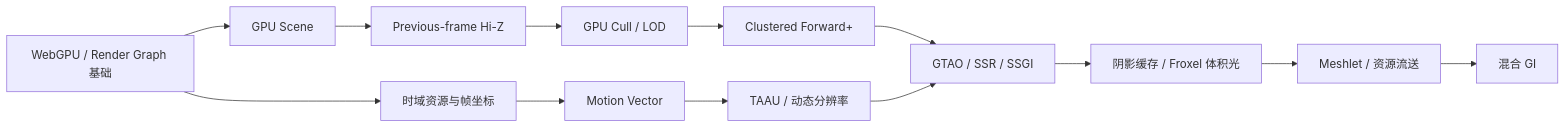
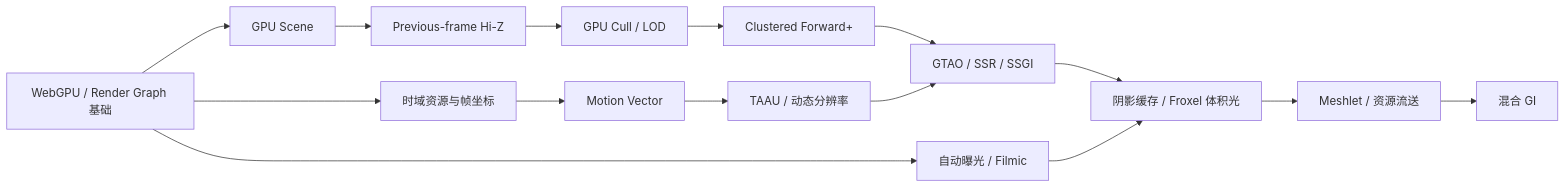
The first of 3 diagrams in documentation/MODERN_WEBGPU_RENDERING_ROADMAP.md (hiloteam/Hilo3d), drawn with Mermaid before and after one commit. The commit also changed other lines of this file and 8 other files, not shown here.

````diff
--- a/documentation/MODERN_WEBGPU_RENDERING_ROADMAP.md
+++ b/documentation/MODERN_WEBGPU_RENDERING_ROADMAP.md
@@ -23,15 +25,17 @@
 ```mermaid
 flowchart LR
   F["WebGPU / Render Graph 基础"] --> G["GPU Scene"]
   F --> T["时域资源与帧坐标"]
+  F --> E["自动曝光 / Filmic"]
   G --> H["Previous-frame Hi-Z"]
   H --> C["GPU Cull / LOD"]
   C --> L["Clustered Forward+"]
   T --> M["Motion Vector"]
   M --> U["TAAU / 动态分辨率"]
   L --> Q["GTAO / SSR / SSGI"]
   U --> Q
   Q --> V["阴影缓存 / Froxel 体积光"]
+  E --> V
   V --> A["Meshlet / 资源流送"]
   A --> GI["混合 GI"]
 ```
````
